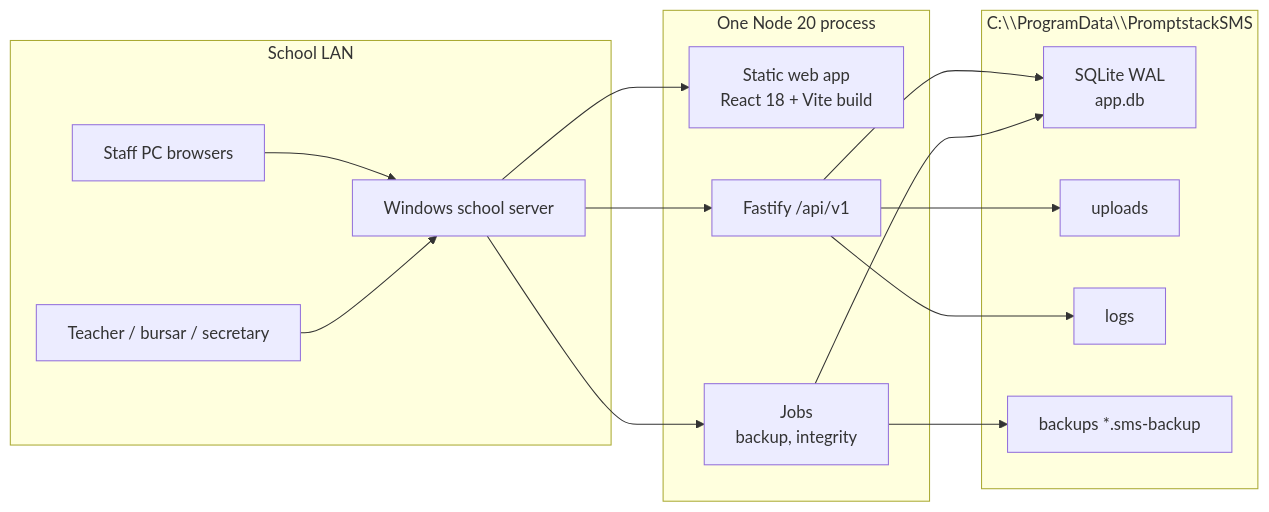
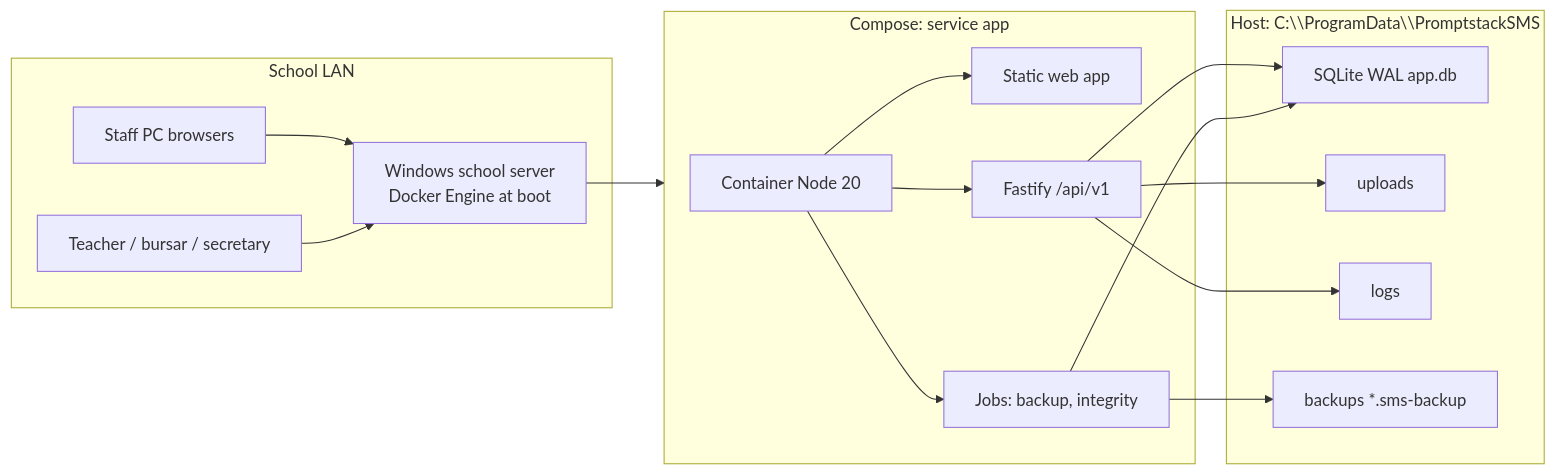
Before and after one commit to arrey-johnson/school-management-system: the first of 5 diagrams in docs/ARCHITECTURE.md, drawn with Mermaid. The commit also changed other lines of this file and 9 other files, not shown here.

Commit message:
docs: require Docker at school and auto-push successful work

````diff
--- a/docs/ARCHITECTURE.md
+++ b/docs/ARCHITECTURE.md
@@ -7,34 +7,36 @@
 ```mermaid
 flowchart LR
   subgraph LAN["School LAN"]
     T1["Staff PC browsers"]
     T2["Teacher / bursar / secretary"]
-    S["Windows school server"]
+    S["Windows school server\nDocker Engine at boot"]
   end
 
   T1 --> S
   T2 --> S
 
-  subgraph Server["One Node 20 process"]
-    W["Static web app\nReact 18 + Vite build"]
+  subgraph Docker["Compose: service app"]
+    C["Container Node 20"]
+    W["Static web app"]
     A["Fastify /api/v1"]
-    J["Jobs\nbackup, integrity"]
+    J["Jobs: backup, integrity"]
   end
 
-  S --> W
-  S --> A
-  S --> J
+  S --> Docker
+  C --> W
+  C --> A
+  C --> J
 
-  subgraph Disk["C:\\ProgramData\\PromptstackSMS"]
-    DB["SQLite WAL\napp.db"]
+  subgraph Disk["Host: C:\\ProgramData\\PromptstackSMS"]
+    DB["SQLite WAL app.db"]
     U["uploads"]
     L["logs"]
     B["backups *.sms-backup"]
   end
 
   A --> DB
   A --> U
   J --> DB
   J --> B
   A --> L
 ```
````
